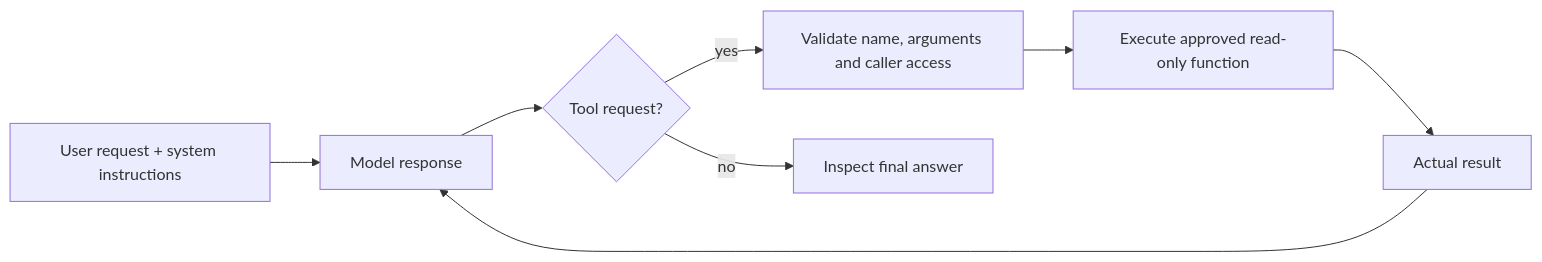
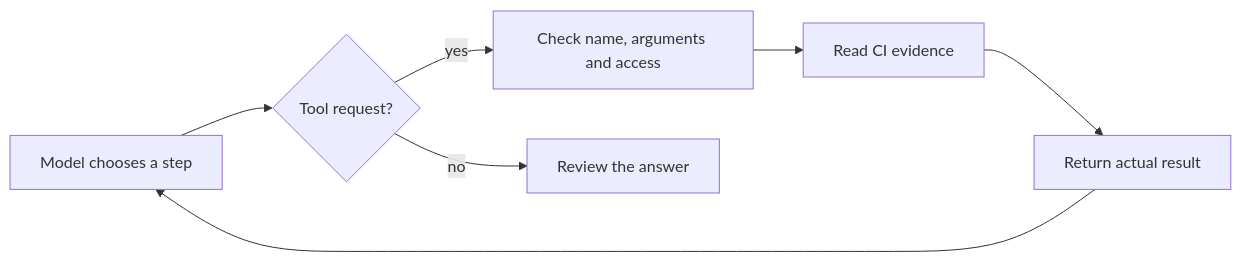
The diagram in module-2/README.md (TrainWithShubham/agentic-ai-for-devops), drawn with Mermaid before and after one commit. The commit also changed other lines of this file and 28 other files, not shown here.

````diff
--- a/module-2/README.md
+++ b/module-2/README.md
@@ -7,10 +9,9 @@
 ```mermaid
 flowchart LR
-    Request[User request + system instructions] --> Model[Model response]
-    Model --> Choice{Tool request?}
-    Choice -->|yes| Validate[Validate name, arguments and caller access]
-    Validate --> Tool[Execute approved read-only function]
-    Tool --> Observation[Actual result]
-    Observation --> Model
-    Choice -->|no| Answer[Inspect final answer]
+    Model[Model chooses a step] --> Choice{Tool request?}
+    Choice -->|yes| Validate[Check name, arguments and access]
+    Validate --> Tool[Read CI evidence]
+    Tool --> Result[Return actual result]
+    Result --> Model
+    Choice -->|no| Answer[Review the answer]
 ```
````
